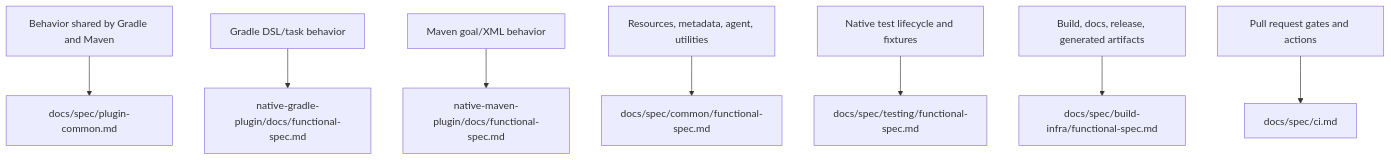
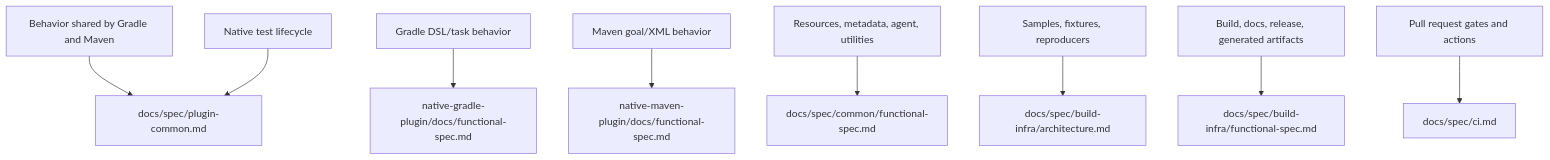
One commit to graalvm/native-build-tools changed the diagram in docs/spec/architecture.md. Above: the diagram before and after it, drawn with Mermaid. The commit also changed other lines of this file and 19 other files, not shown here.

Commit message:
Merge native test specs into owning documents

````diff
--- a/docs/spec/architecture.md
+++ b/docs/spec/architecture.md
@@ -35,10 +35,11 @@
 ```mermaid
 flowchart TD
     SharedBehavior["Behavior shared by Gradle and Maven"] --> PluginCommon["docs/spec/plugin-common.md"]
     GradleBehavior["Gradle DSL/task behavior"] --> GradleSpec["native-gradle-plugin/docs/functional-spec.md"]
     MavenBehavior["Maven goal/XML behavior"] --> MavenSpec["native-maven-plugin/docs/functional-spec.md"]
     CommonBehavior["Resources, metadata, agent, utilities"] --> CommonSpec["docs/spec/common/functional-spec.md"]
-    NativeTests["Native test lifecycle and fixtures"] --> TestingSpec["docs/spec/testing/functional-spec.md"]
+    NativeTests["Native test lifecycle"] --> PluginCommon["docs/spec/plugin-common.md"]
+    Fixtures["Samples, fixtures, reproducers"] --> BuildArch["docs/spec/build-infra/architecture.md"]
     BuildInfra["Build, docs, release, generated artifacts"] --> BuildSpec["docs/spec/build-infra/functional-spec.md"]
     CIWork["Pull request gates and actions"] --> CISpec["docs/spec/ci.md"]
 ```
````
